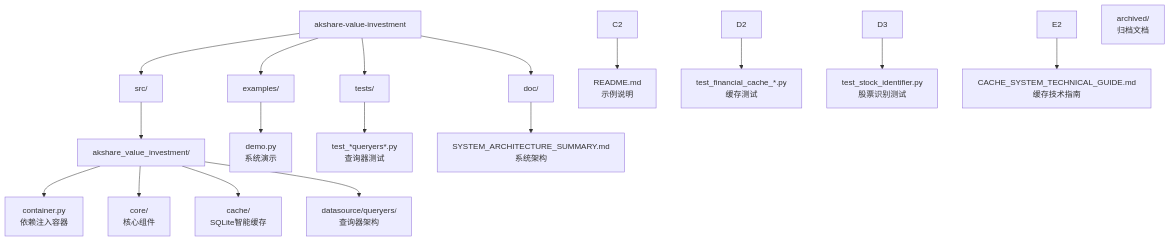
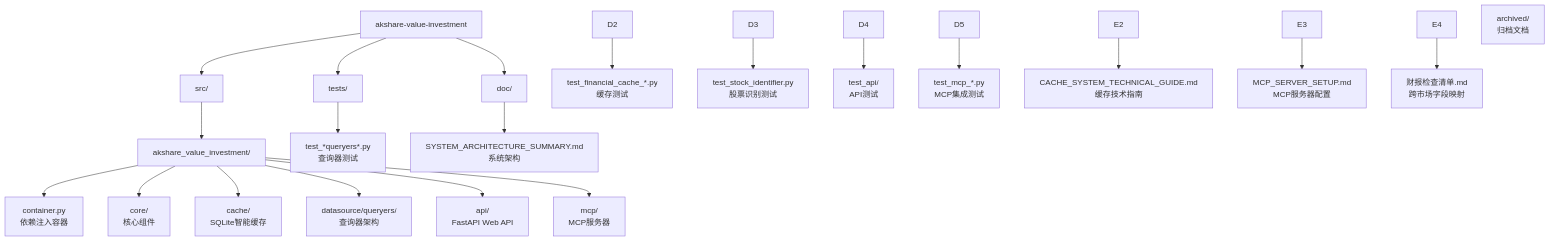
Before and after one commit to yapex/akshare-value-investment: the diagram in CLAUDE.md, drawn with Mermaid. The commit also changed other lines of this file, not shown here.

````diff
--- a/CLAUDE.md
+++ b/CLAUDE.md
@@ -45,24 +69,26 @@
 ```mermaid
 graph TD
     A["akshare-value-investment"] --> B["src/"]
-    A --> C["examples/"]
     A --> D["tests/"]
     A --> E["doc/"]
 
     B --> B1["akshare_value_investment/"]
     B1 --> B1a["container.py<br/>依赖注入容器"]
     B1 --> B1b["core/<br/>核心组件"]
     B1 --> B1c["cache/<br/>SQLite智能缓存"]
     B1 --> B1d["datasource/queryers/<br/>查询器架构"]
-
-    C --> C1["demo.py<br/>系统演示"]
-    C2 --> C1a["README.md<br/>示例说明"]
+    B1 --> B1e["api/<br/>FastAPI Web API"]
+    B1 --> B1f["mcp/<br/>MCP服务器"]
 
     D --> D1["test_*queryers*.py<br/>查询器测试"]
     D2 --> D2a["test_financial_cache_*.py<br/>缓存测试"]
     D3 --> D3a["test_stock_identifier.py<br/>股票识别测试"]
+    D4 --> D4a["test_api/<br/>API测试"]
+    D5 --> D5a["test_mcp_*.py<br/>MCP集成测试"]
 
     E --> E1["SYSTEM_ARCHITECTURE_SUMMARY.md<br/>系统架构"]
     E2 --> E2a["CACHE_SYSTEM_TECHNICAL_GUIDE.md<br/>缓存技术指南"]
-    E3["archived/<br/>归档文档"]
+    E3 --> E3a["MCP_SERVER_SETUP.md<br/>MCP服务器配置"]
+    E4 --> E4a["财报检查清单.md<br/>跨市场字段映射"]
+    E5["archived/<br/>归档文档"]
 ```
````
